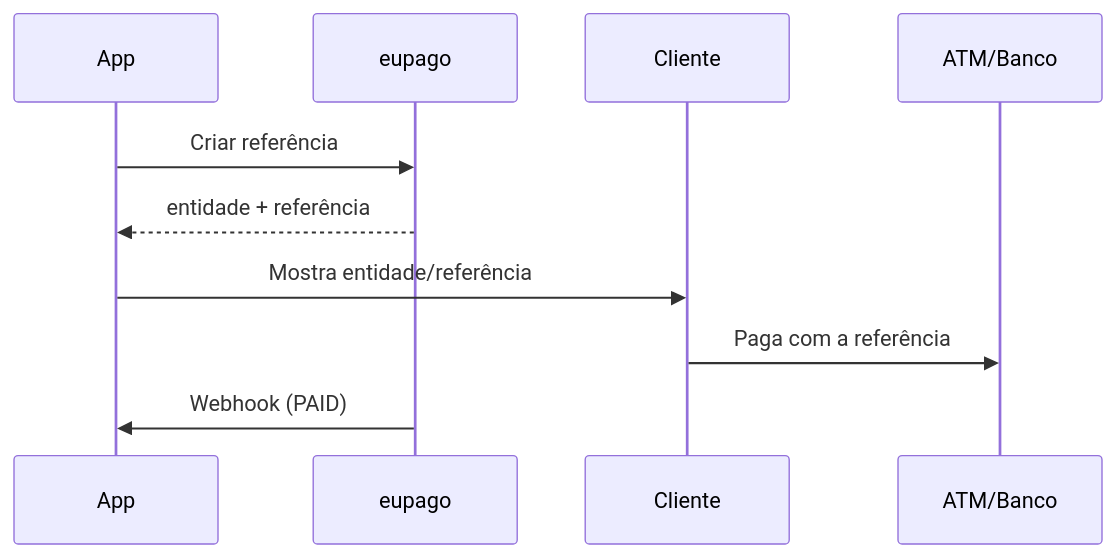
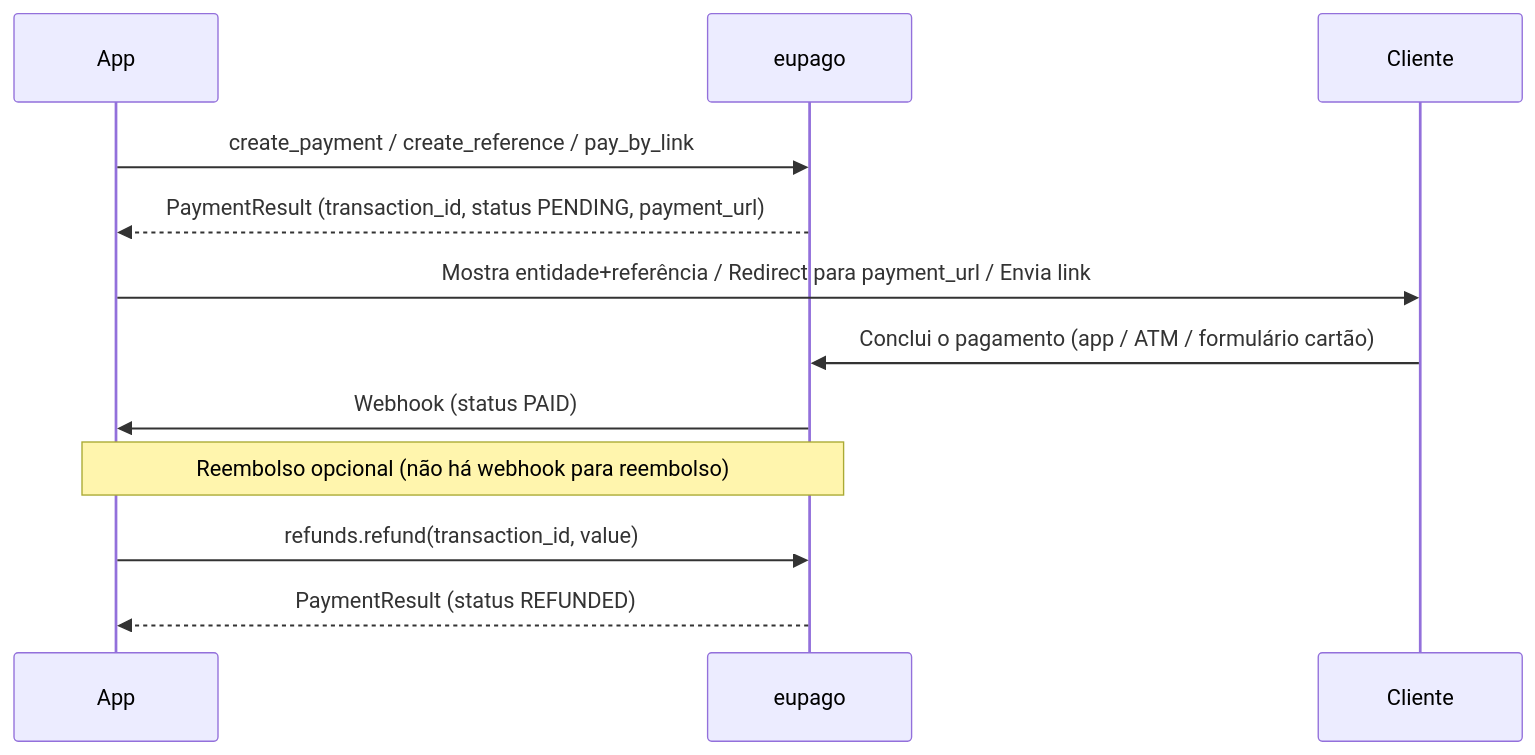
One commit to bilouro/eupago-python changed the diagram in docs/payments/index.pt.md. Above: the diagram before and after it, drawn with Mermaid. The commit also changed other lines of this file and 29 other files, not shown here.

First line of the commit message:
Add Pay By Link + lifecycle examples for every payment method

````diff
--- a/docs/payments/index.pt.md
+++ b/docs/payments/index.pt.md
@@ -28,11 +24,14 @@
 ```mermaid
 sequenceDiagram
     participant App
     participant eupago
     participant Cliente
-    App->>eupago: Criar referência
-    eupago-->>App: entidade + referência
-    App->>Cliente: Mostra entidade/referência
-    Cliente->>ATM/Banco: Paga com a referência
-    eupago->>App: Webhook (PAID)
+    App->>eupago: create_payment / create_reference / pay_by_link
+    eupago-->>App: PaymentResult (transaction_id, status PENDING, payment_url)
+    App->>Cliente: Mostra entidade+referência / Redirect para payment_url / Envia link
+    Cliente->>eupago: Conclui o pagamento (app / ATM / formulário cartão)
+    eupago->>App: Webhook (status PAID)
+    Note over App,eupago: Reembolso opcional (não há webhook para reembolso)
+    App->>eupago: refunds.refund(transaction_id, value)
+    eupago-->>App: PaymentResult (status REFUNDED)
 ```
````
